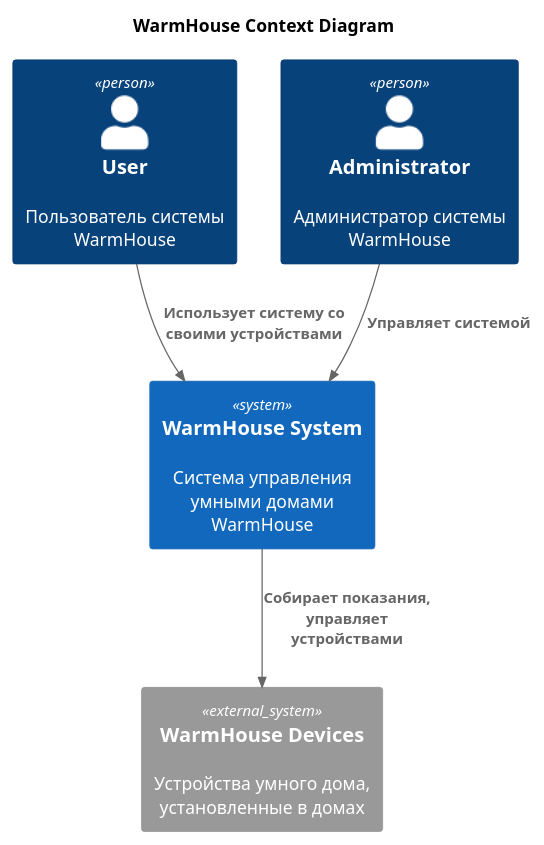
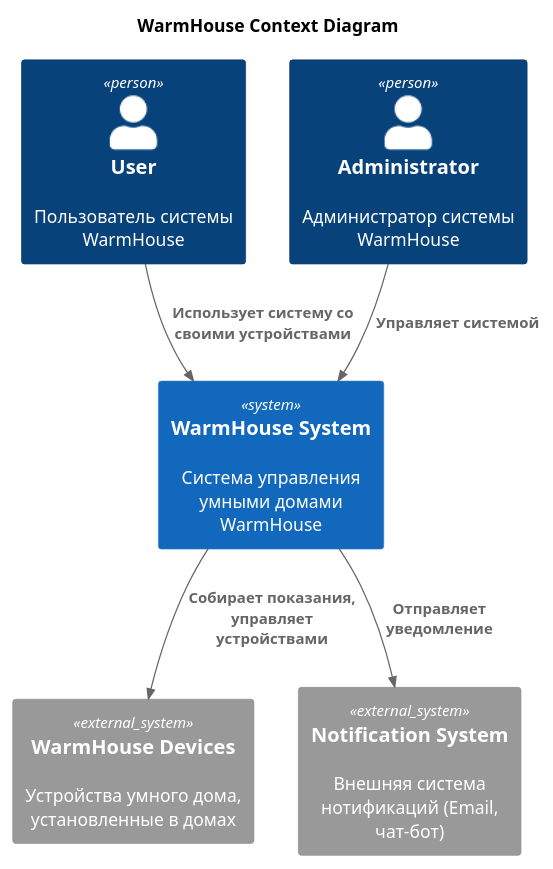
One commit to SplattyOne/yandex-arch-sprint-3 changed the diagram in diagrams/src/C4_context.puml. Above: the diagram before and after it, drawn with PlantUML. The commit also changed 8 other files, not shown here.

```diff
--- a/diagrams/src/C4_context.puml
+++ b/diagrams/src/C4_context.puml
@@ -1,18 +1,21 @@
 @startuml C4_context
 title WarmHouse Context Diagram
 
 top to bottom direction
 
 !includeurl https://raw.githubusercontent.com/RicardoNiepel/C4-PlantUML/master/C4_Component.puml
 
 Person(user, "User", "Пользователь системы WarmHouse")
 Person(admin, "Administrator", "Администратор системы WarmHouse")
 System(WarmHouseSystem, "WarmHouse System", "Система управления умными домами WarmHouse")
 
 System_Ext(WarmHouseDevices, "WarmHouse Devices", "Устройства умного дома, установленные в домах")
+System_Ext(NotificationSystem, "Notification System", "Внешняя система нотификаций (Email, чат-бот)")
 
 Rel(user, WarmHouseSystem, "Использует систему со своими устройствами")
 Rel(admin, WarmHouseSystem, "Управляет системой")
 Rel(WarmHouseSystem, WarmHouseDevices, "Собирает показания, управляет устройствами")
+Rel(WarmHouseSystem, NotificationSystem, "Отправляет уведомление")
 
+' SHOW_LEGEND()
 @enduml
```
